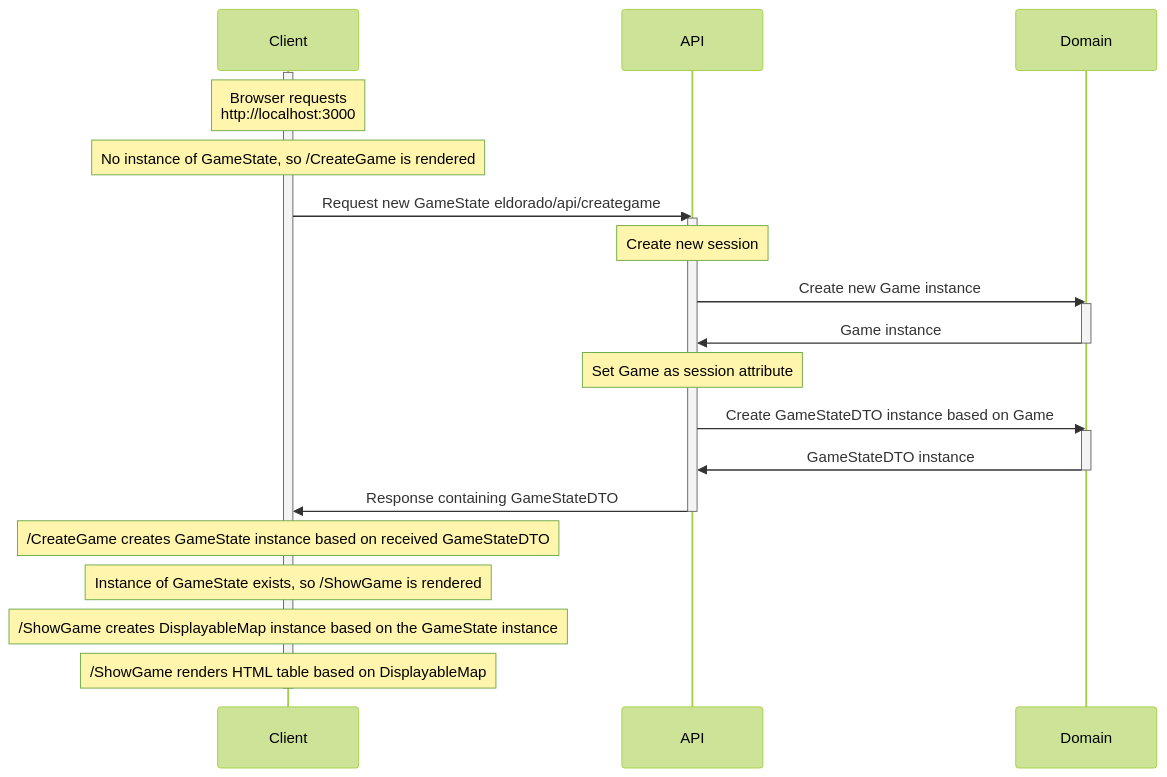
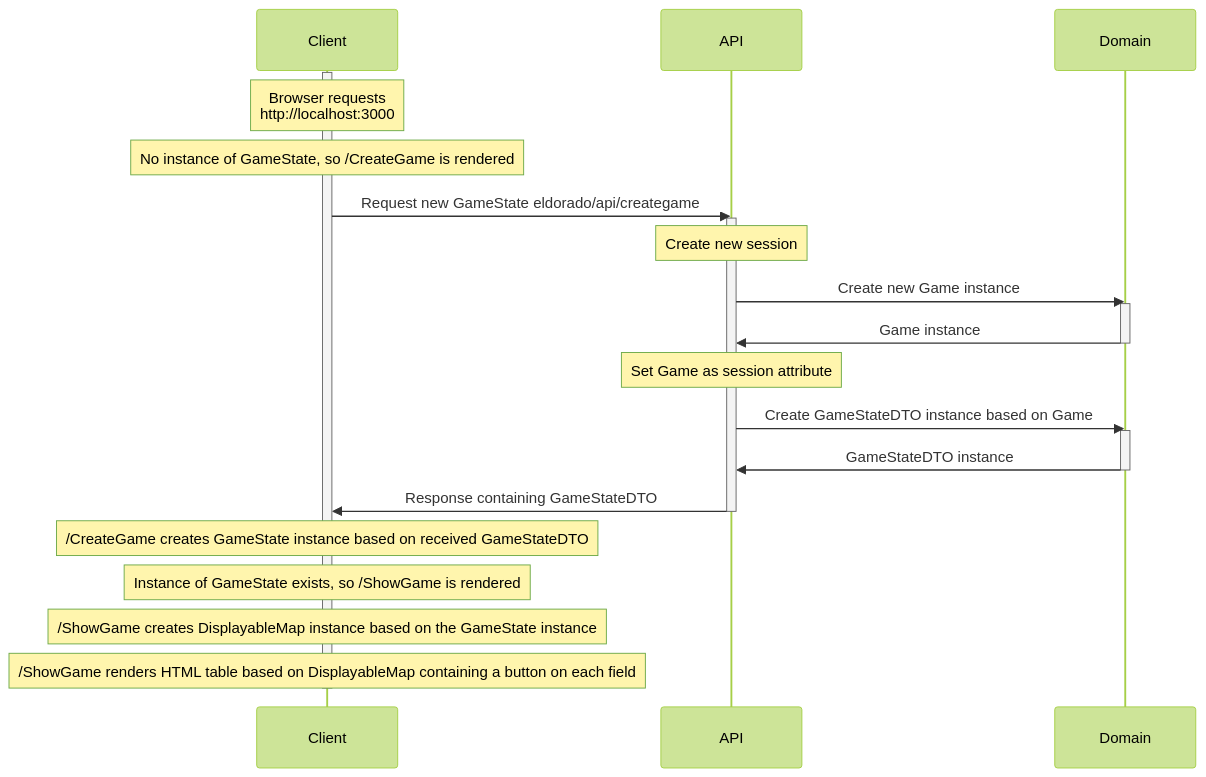
The second of 5 diagrams in ARCHITECTURE.md (stijnlinderman/eldorado), drawn with Mermaid (forest theme) before and after one commit. The commit also changed other lines of this file, not shown here.

````diff
--- a/ARCHITECTURE.md
+++ b/ARCHITECTURE.md
@@ -20,28 +20,28 @@
 ```mermaid
 sequenceDiagram
     participant Client
     participant API
     participant Domain
     activate Client
     Note over Client: Browser requests<br>http://localhost:3000
     Note over Client: No instance of GameState, so /CreateGame is rendered
     Client->>API: Request new GameState eldorado/api/creategame
     activate API
     Note over API: Create new session
     API->>Domain: Create new Game instance
     activate Domain
     Domain->>API: Game instance
     deactivate Domain
     Note over API: Set Game as session attribute
     API->>Domain: Create GameStateDTO instance based on Game
     activate Domain
     Domain->>API: GameStateDTO instance
     deactivate Domain
     API->>Client: Response containing GameStateDTO
     deactivate API
     Note over Client: /CreateGame creates GameState instance based on received GameStateDTO
     Note over Client: Instance of GameState exists, so /ShowGame is rendered
     Note over Client: /ShowGame creates DisplayableMap instance based on the GameState instance
-    Note over Client: /ShowGame renders HTML table based on DisplayableMap
+    Note over Client: /ShowGame renders HTML table based on DisplayableMap containing a button on each field
     deactivate Client
 ```
````
